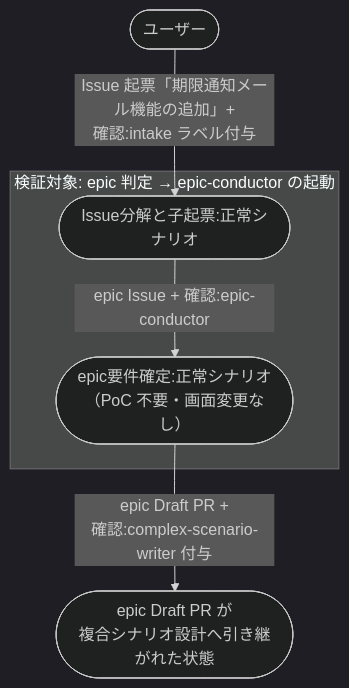
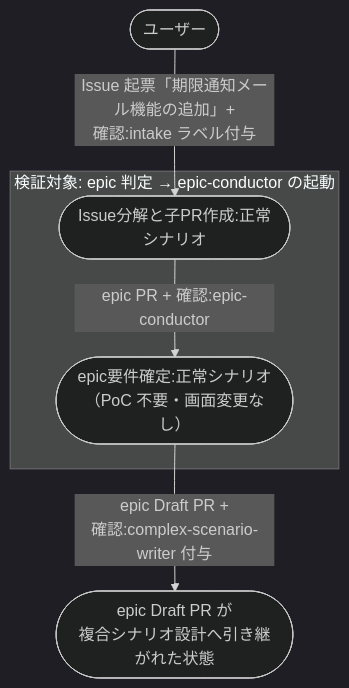
One commit to shuhei1101/ai-monitor changed the diagram in docs/wiki/設計図/シナリオ/複合ユースケース/Issue起票からepic起動まで.md. Above: the diagram before and after it, drawn with Mermaid (dark theme). The commit also changed other lines of this file and 256 other files, not shown here.

````diff
--- a/docs/wiki/設計図/シナリオ/複合ユースケース/Issue起票からepic起動まで.md
+++ b/docs/wiki/設計図/シナリオ/複合ユースケース/Issue起票からepic起動まで.md
@@ -32,13 +32,13 @@
 ```mermaid
 flowchart TD
   U0([ユーザー]) -->|Issue 起票「期限通知メール機能の追加」+<br>確認:intake ラベル付与| UC1
 
   subgraph FOCUS["検証対象: epic 判定 → epic-conductor の起動"]
-    UC1([Issue分解と子起票:正常シナリオ]) -->|epic Issue + 確認:epic-conductor| UC2([epic要件確定:正常シナリオ<br>（PoC 不要・画面変更なし）])
+    UC1([Issue分解と子PR作成:正常シナリオ]) -->|epic PR + 確認:epic-conductor| UC2([epic要件確定:正常シナリオ<br>（PoC 不要・画面変更なし）])
   end
 
   UC2 -->|epic Draft PR +<br>確認:complex-scenario-writer 付与| DONE([epic Draft PR が<br>複合シナリオ設計へ引き継がれた状態])
 
-  click UC1 "../単一ユースケース/Issue分解と子起票.md#正常シナリオ"
+  click UC1 "../単一ユースケース/Issue分解と子PR作成.md#正常シナリオ"
   click UC2 "../単一ユースケース/epic要件確定.md#正常シナリオpoc-不要画面変更なし"
 ```
````
